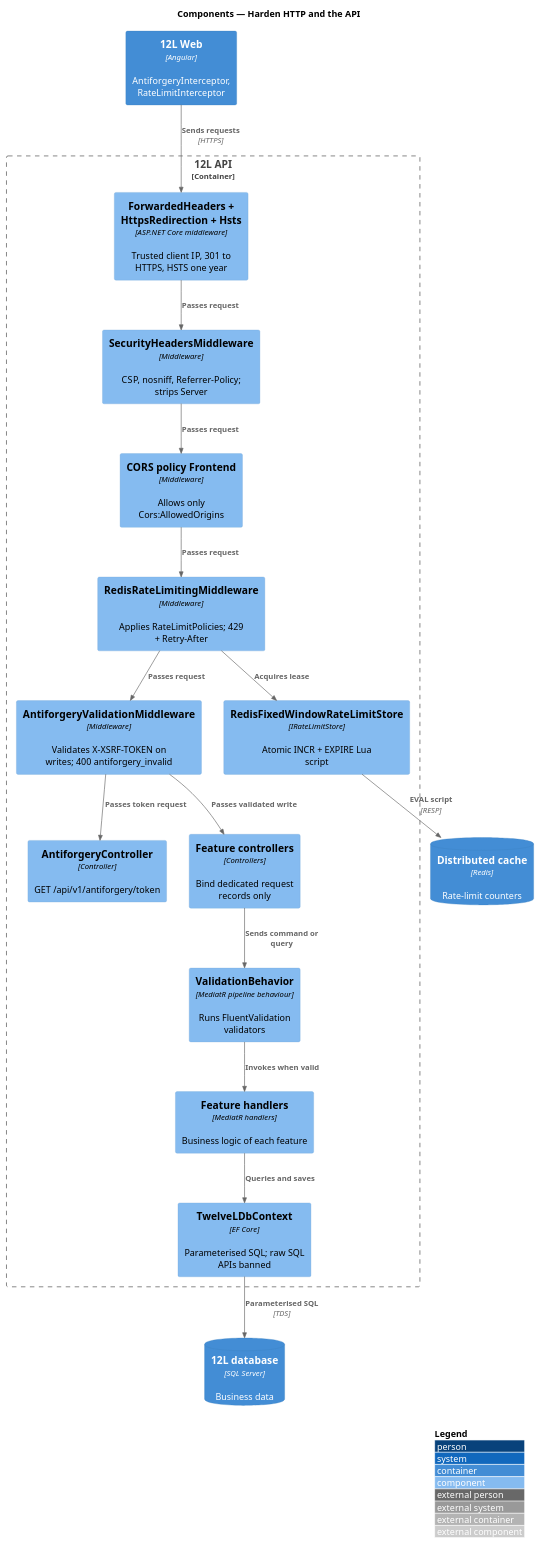
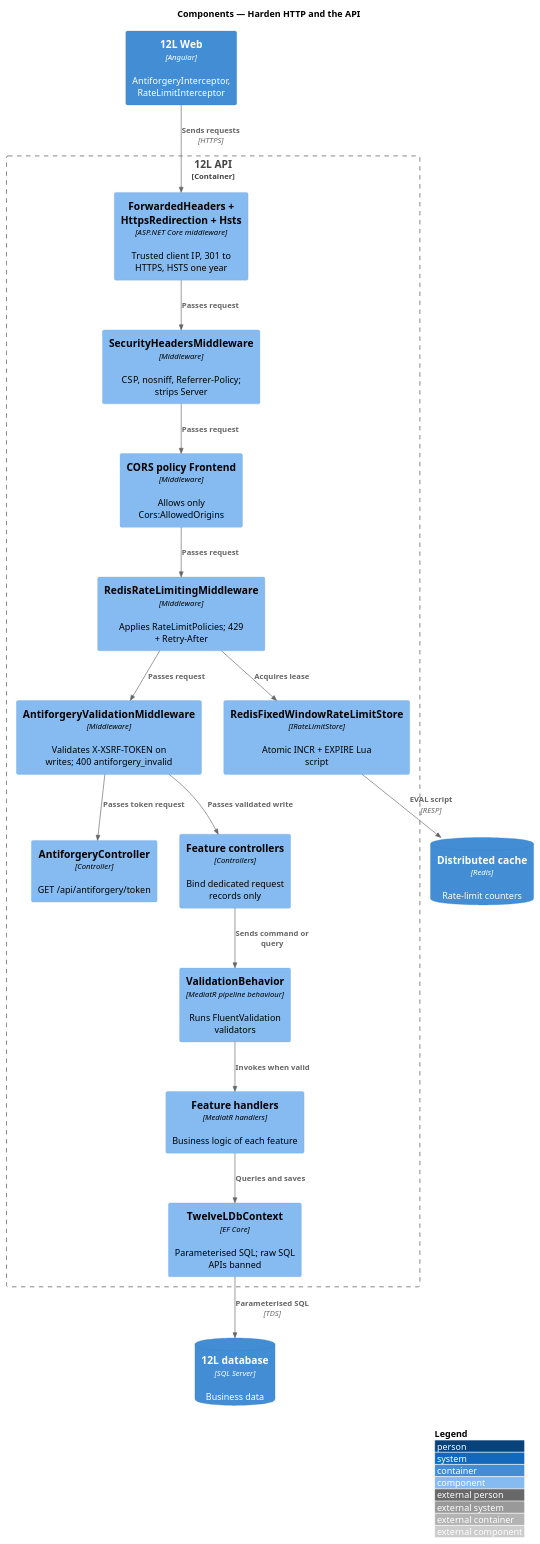
The diagram in docs/detailed-designs/platform/harden-http-and-api/diagrams/c4-component.puml (QuinntyneBrown/12l), drawn with PlantUML before and after one commit. The commit also changed 28 other files, not shown here.

```diff
--- a/docs/detailed-designs/platform/harden-http-and-api/diagrams/c4-component.puml
+++ b/docs/detailed-designs/platform/harden-http-and-api/diagrams/c4-component.puml
@@ -1,36 +1,36 @@
 @startuml
 !include <C4/C4_Component>
 LAYOUT_WITH_LEGEND()
 title Components — Harden HTTP and the API
 
 Container(web, "12L Web", "Angular", "AntiforgeryInterceptor, RateLimitInterceptor")
 Container_Boundary(api, "12L API") {
   Component(fwd, "ForwardedHeaders + HttpsRedirection + Hsts", "ASP.NET Core middleware", "Trusted client IP, 301 to HTTPS, HSTS one year")
   Component(headers, "SecurityHeadersMiddleware", "Middleware", "CSP, nosniff, Referrer-Policy; strips Server")
   Component(cors, "CORS policy Frontend", "Middleware", "Allows only Cors:AllowedOrigins")
   Component(rl, "RedisRateLimitingMiddleware", "Middleware", "Applies RateLimitPolicies; 429 + Retry-After")
   Component(af, "AntiforgeryValidationMiddleware", "Middleware", "Validates X-XSRF-TOKEN on writes; 400 antiforgery_invalid")
-  Component(afctrl, "AntiforgeryController", "Controller", "GET /api/v1/antiforgery/token")
+  Component(afctrl, "AntiforgeryController", "Controller", "GET /api/antiforgery/token")
   Component(ctrl, "Feature controllers", "Controllers", "Bind dedicated request records only")
   Component(vb, "ValidationBehavior", "MediatR pipeline behaviour", "Runs FluentValidation validators")
   Component(handler, "Feature handlers", "MediatR handlers", "Business logic of each feature")
   Component(store, "RedisFixedWindowRateLimitStore", "IRateLimitStore", "Atomic INCR + EXPIRE Lua script")
   Component(ef, "TwelveLDbContext", "EF Core", "Parameterised SQL; raw SQL APIs banned")
 }
 ContainerDb(cache, "Distributed cache", "Redis", "Rate-limit counters")
 ContainerDb(db, "12L database", "SQL Server", "Business data")
 
 Rel(web, fwd, "Sends requests", "HTTPS")
 Rel(fwd, headers, "Passes request")
 Rel(headers, cors, "Passes request")
 Rel(cors, rl, "Passes request")
 Rel(rl, store, "Acquires lease")
 Rel(store, cache, "EVAL script", "RESP")
 Rel(rl, af, "Passes request")
 Rel(af, afctrl, "Passes token request")
 Rel(af, ctrl, "Passes validated write")
 Rel(ctrl, vb, "Sends command or query")
 Rel(vb, handler, "Invokes when valid")
 Rel(handler, ef, "Queries and saves")
 Rel(ef, db, "Parameterised SQL", "TDS")
 @enduml
```
